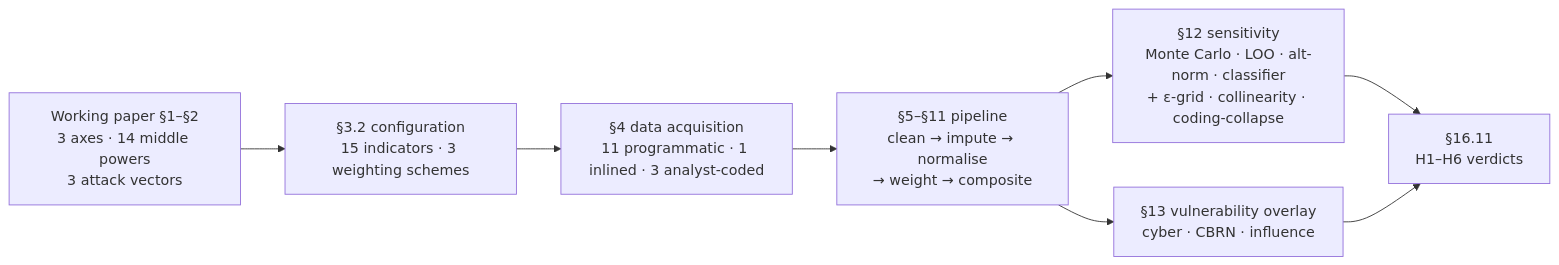
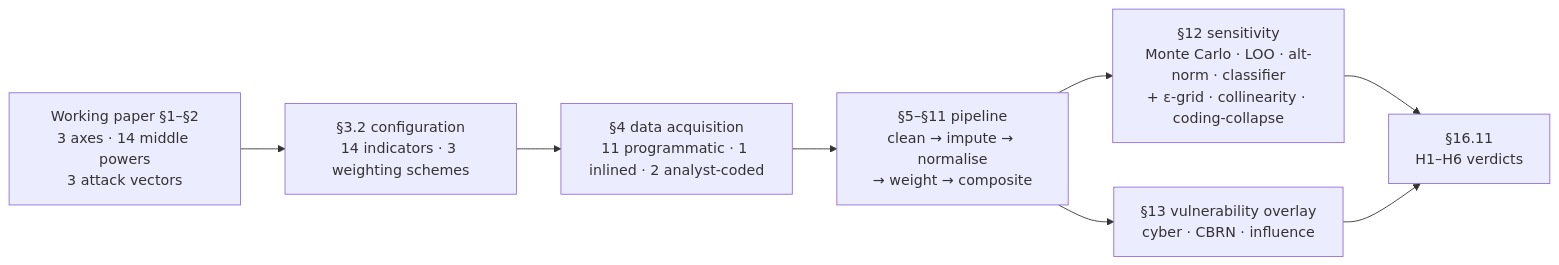
One commit to khailapvuong/middle-powers-mpapi changed the diagram in README.md. Above: the diagram before and after it, drawn with Mermaid. The commit also changed other lines of this file and 74 other files, not shown here.

````diff
--- a/README.md
+++ b/README.md
@@ -105,15 +105,15 @@
 ```mermaid
 flowchart LR
   Paper["Working paper §1–§2<br/>3 axes · 14 middle powers<br/>3 attack vectors"]
-  Config["§3.2 configuration<br/>15 indicators · 3 weighting schemes"]
-  Acq["§4 data acquisition<br/>11 programmatic · 1 inlined · 3 analyst-coded"]
+  Config["§3.2 configuration<br/>14 indicators · 3 weighting schemes"]
+  Acq["§4 data acquisition<br/>11 programmatic · 1 inlined · 2 analyst-coded"]
   Pipeline["§5–§11 pipeline<br/>clean → impute → normalise<br/>→ weight → composite"]
   Sens["§12 sensitivity<br/>Monte Carlo · LOO · alt-norm · classifier<br/>+ ε-grid · collinearity · coding-collapse"]
   Overlay["§13 vulnerability overlay<br/>cyber · CBRN · influence"]
   Verdicts["§16.11<br/>H1–H6 verdicts"]
   Paper --> Config --> Acq --> Pipeline
   Pipeline --> Sens
   Pipeline --> Overlay
   Sens --> Verdicts
   Overlay --> Verdicts
 ```
````
